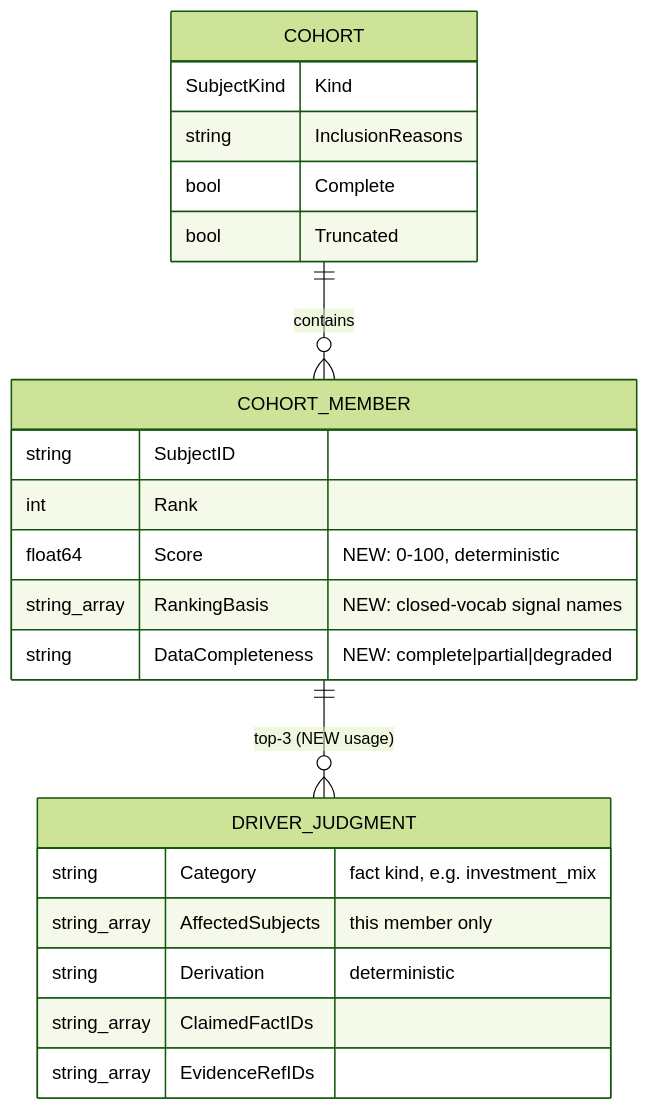
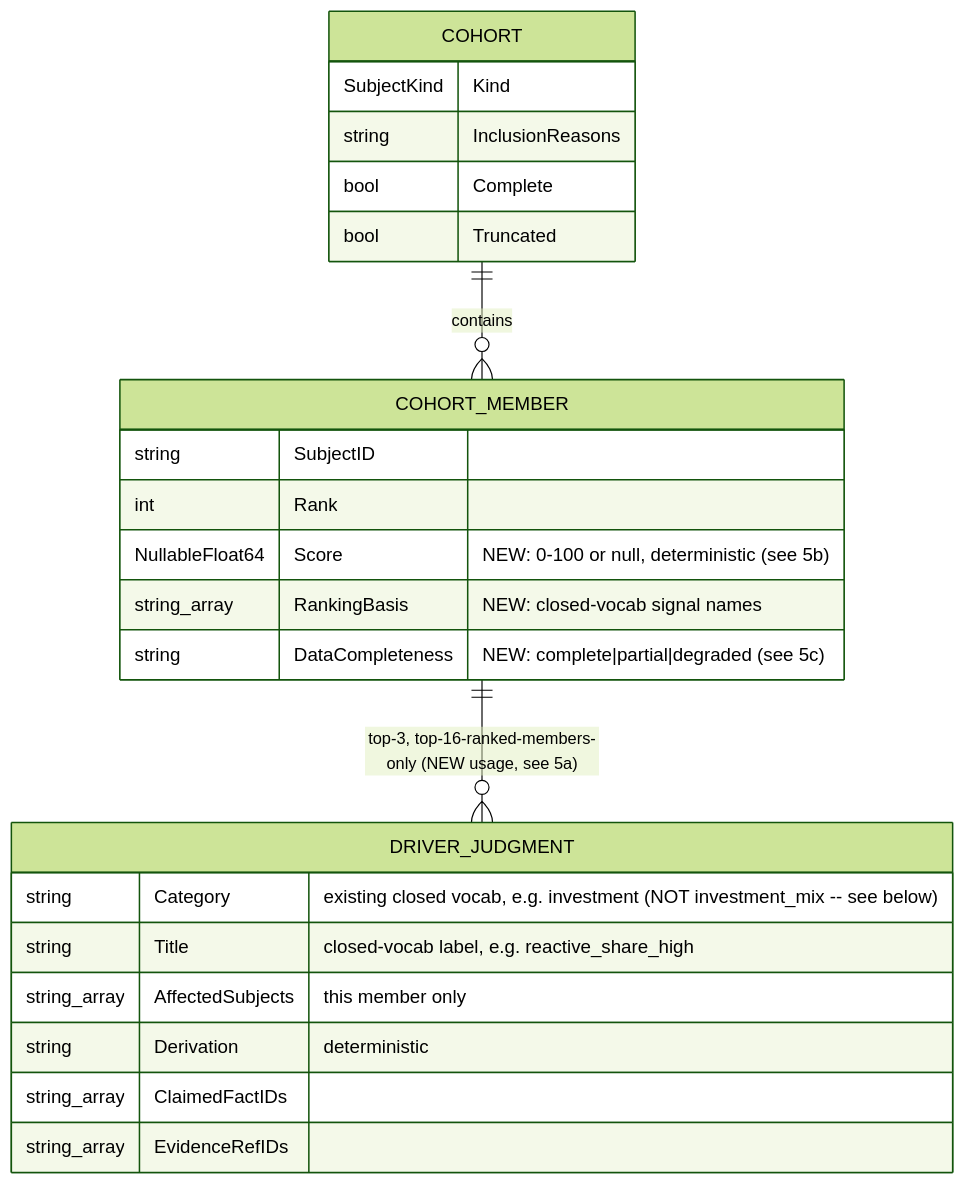
The second of 2 diagrams in docs/design/context-fabric-subject-model-and-cohort-answers.md (full-chaos/dev-health-acr), drawn with Mermaid (forest theme) before and after one commit. The commit also changed other lines of this file, not shown here.

Commit message:
docs: fix cohort design per codex review (driver budget, projection gap, category vocab, score normalization, zero-signal score, completeness ranges, mix-shift direction, project cohort status)

````diff
--- a/docs/design/context-fabric-subject-model-and-cohort-answers.md
+++ b/docs/design/context-fabric-subject-model-and-cohort-answers.md
@@ -126,25 +133,26 @@
 ```mermaid
 erDiagram
     COHORT ||--o{ COHORT_MEMBER : contains
     COHORT {
         SubjectKind Kind
         string InclusionReasons
         bool Complete
         bool Truncated
     }
     COHORT_MEMBER {
         string SubjectID
         int Rank
-        float64 Score "NEW: 0-100, deterministic"
+        NullableFloat64 Score "NEW: 0-100 or null, deterministic (see 5b)"
         string_array RankingBasis "NEW: closed-vocab signal names"
-        string DataCompleteness "NEW: complete|partial|degraded"
+        string DataCompleteness "NEW: complete|partial|degraded (see 5c)"
     }
-    COHORT_MEMBER ||--o{ DRIVER_JUDGMENT : "top-3 (NEW usage)"
+    COHORT_MEMBER ||--o{ DRIVER_JUDGMENT : "top-3, top-16-ranked-members-only (NEW usage, see 5a)"
     DRIVER_JUDGMENT {
-        string Category "fact kind, e.g. investment_mix"
+        string Category "existing closed vocab, e.g. investment (NOT investment_mix -- see below)"
+        string Title "closed-vocab label, e.g. reactive_share_high"
         string_array AffectedSubjects "this member only"
         string Derivation "deterministic"
         string_array ClaimedFactIDs
         string_array EvidenceRefIDs
     }
 ```
````
